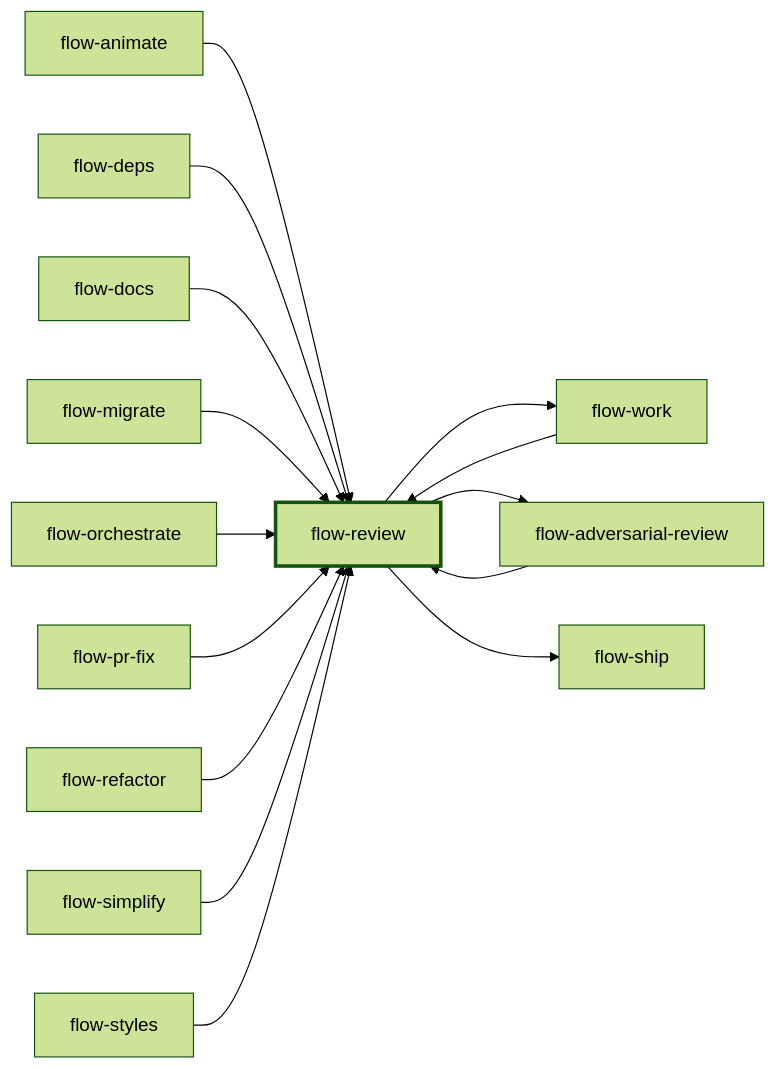
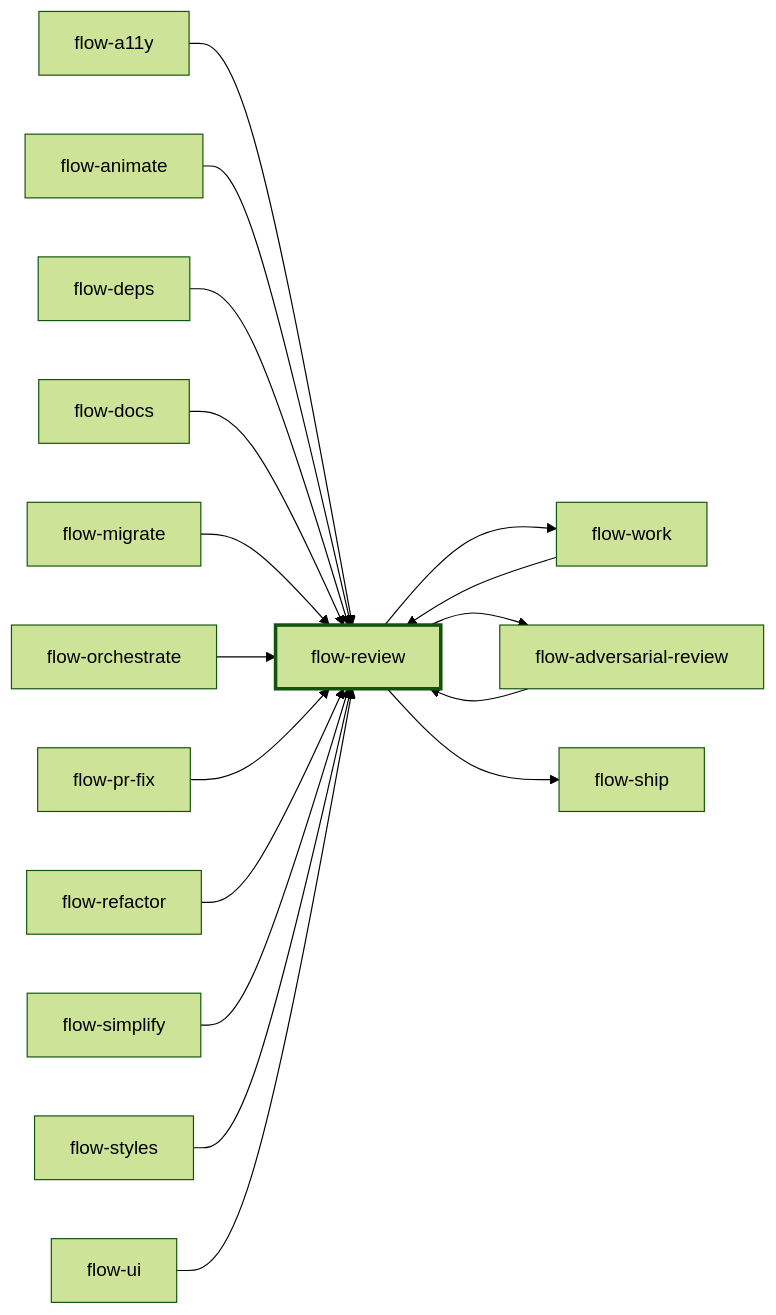
Before and after one commit to emiliodominguez/flow-skills: the diagram in docs/skills/flow-review.md, drawn with Mermaid (forest theme). The commit also changed other lines of this file and 46 other files, not shown here.

First line of the commit message:
feat(skills): add flow-design, flow-ui, flow-redesign and flow-a11y

````diff
--- a/docs/skills/flow-review.md
+++ b/docs/skills/flow-review.md
@@ -9,32 +9,36 @@
 ```mermaid
 flowchart LR
   flow_review["flow-review"]
+  flow_a11y["flow-a11y"]
   flow_adversarial_review["flow-adversarial-review"]
   flow_animate["flow-animate"]
   flow_deps["flow-deps"]
   flow_docs["flow-docs"]
   flow_migrate["flow-migrate"]
   flow_orchestrate["flow-orchestrate"]
   flow_pr_fix["flow-pr-fix"]
   flow_refactor["flow-refactor"]
   flow_simplify["flow-simplify"]
   flow_styles["flow-styles"]
+  flow_ui["flow-ui"]
   flow_work["flow-work"]
   flow_ship["flow-ship"]
+  flow_a11y --> flow_review
   flow_adversarial_review --> flow_review
   flow_animate --> flow_review
   flow_deps --> flow_review
   flow_docs --> flow_review
   flow_migrate --> flow_review
   flow_orchestrate --> flow_review
   flow_pr_fix --> flow_review
   flow_refactor --> flow_review
   flow_simplify --> flow_review
   flow_styles --> flow_review
+  flow_ui --> flow_review
   flow_work --> flow_review
   flow_review --> flow_work
   flow_review --> flow_adversarial_review
   flow_review --> flow_ship
   classDef focus stroke-width:3px
   class flow_review focus
 ```
````
